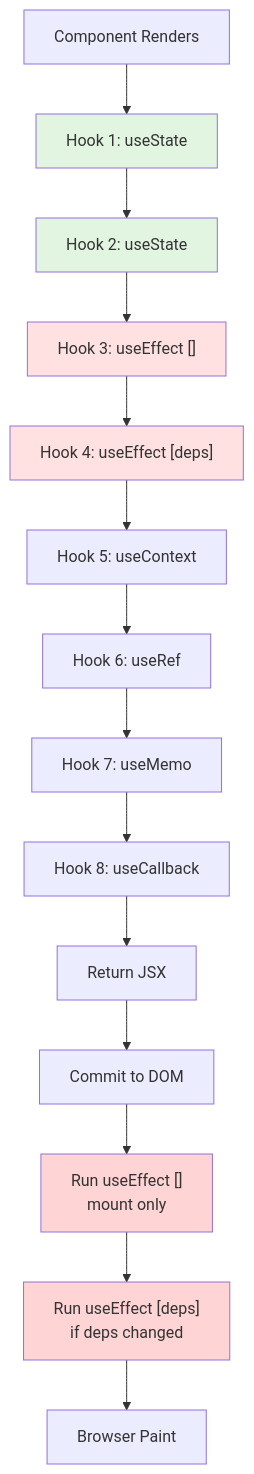
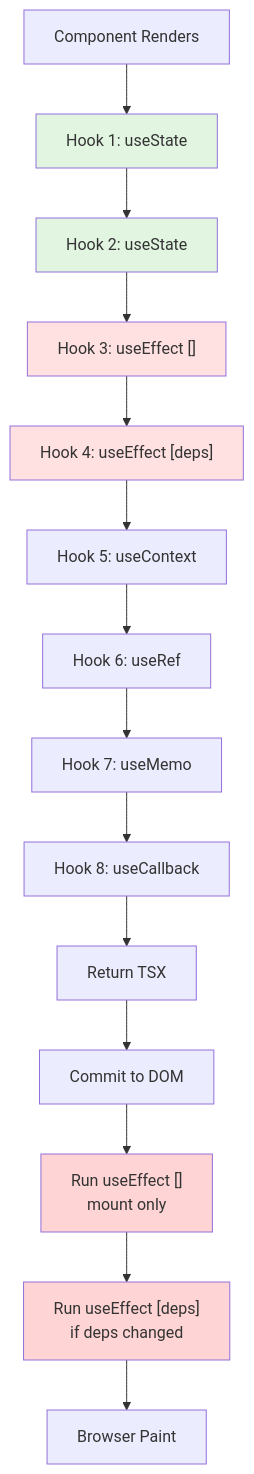
Before and after one commit to longndt/react-course: the fifth of 12 diagrams in diagrams/component_lifecycle.md, drawn with Mermaid. The commit also changed other lines of this file and 143 other files, not shown here.

````diff
--- a/diagrams/component_lifecycle.md
+++ b/diagrams/component_lifecycle.md
@@ -153,26 +153,26 @@
 ```mermaid
 flowchart TD
     Render[Component Renders] --> H1[Hook 1: useState]
     H1 --> H2[Hook 2: useState]
     H2 --> H3[Hook 3: useEffect #91;#93;]
     H3 --> H4[Hook 4: useEffect #91;deps#93;]
     H4 --> H5[Hook 5: useContext]
     H5 --> H6[Hook 6: useRef]
     H6 --> H7[Hook 7: useMemo]
     H7 --> H8[Hook 8: useCallback]
-    H8 --> JSX[Return JSX]
-
-    JSX --> DOM[Commit to DOM]
+    H8 --> TSX[Return TSX]
+    
+    TSX --> DOM[Commit to DOM]
 
     DOM --> Effect1[Run useEffect #91;#93;<br/>mount only]
     Effect1 --> Effect2[Run useEffect #91;deps#93;<br/>if deps changed]
 
     Effect2 --> Paint[Browser Paint]
 
     style H1 fill:#e1f5e1
     style H2 fill:#e1f5e1
     style H3 fill:#ffe1e1
     style H4 fill:#ffe1e1
     style Effect1 fill:#ffd4d4
     style Effect2 fill:#ffd4d4
 ```
````
